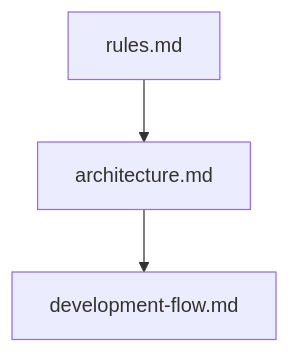
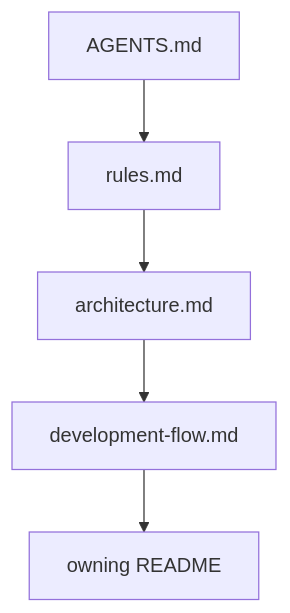
The third of 7 diagrams in docs/index.md (Tomy-ch/go-boilerplate), drawn with Mermaid before and after one commit. The commit also changed other lines of this file and 1 other file, not shown here.

````diff
--- a/docs/index.md
+++ b/docs/index.md
@@ -38,4 +60,4 @@
 ```mermaid
 flowchart TB
-    A["rules.md"] --> B["architecture.md"] --> C["development-flow.md"]
+    A["AGENTS.md"] --> B["rules.md"] --> C["architecture.md"] --> D["development-flow.md"] --> E["owning README"]
 ```
````
